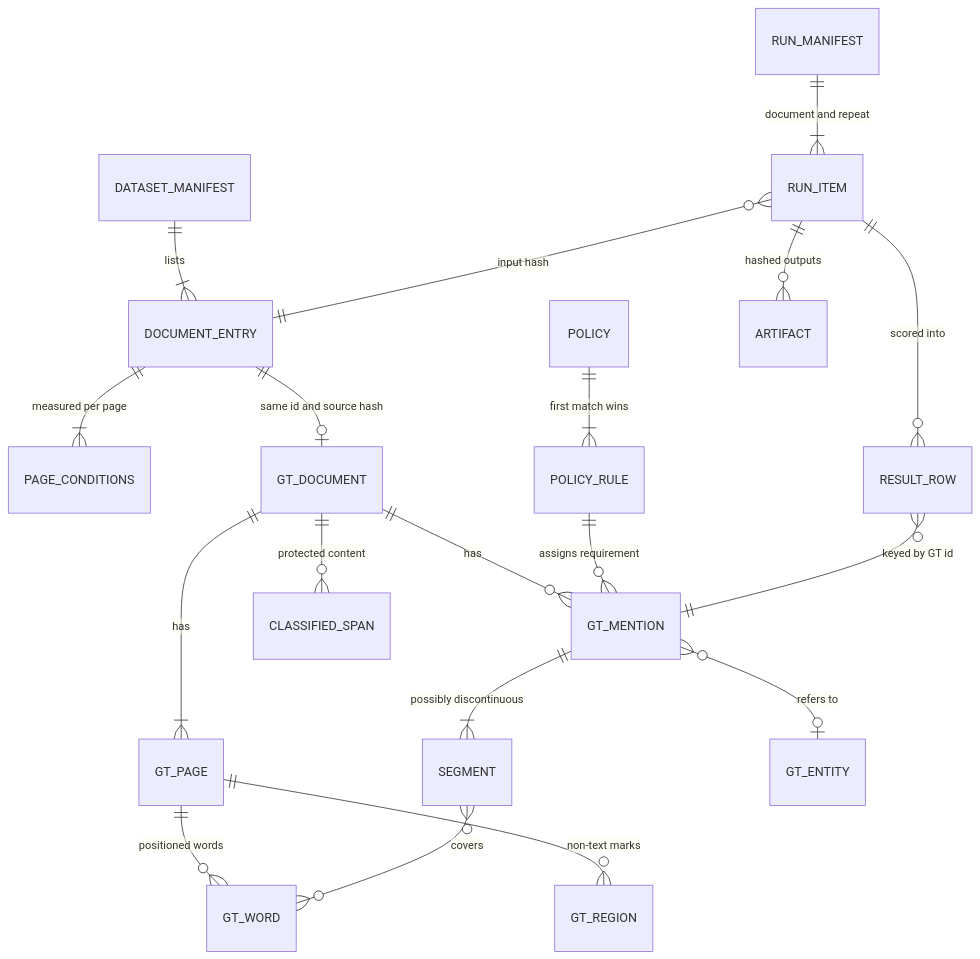
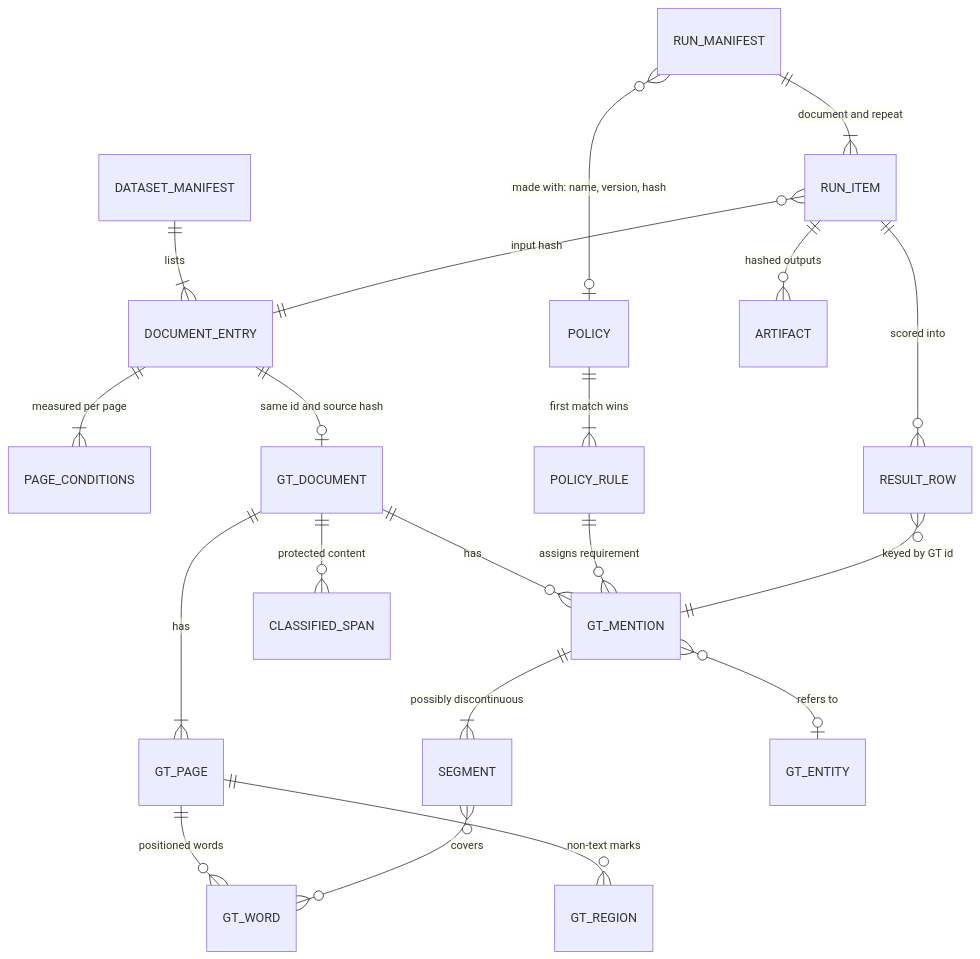
Diagram 11 of 11 in ARCHITECTURE.md (anshdeshwal31/redaction_benchmark), drawn with Mermaid before and after one commit. The commit also changed other lines of this file and 4 other files, not shown here.

Commit message:
docs: cover policy 1.1.0, run policies and placeholders

````diff
--- a/ARCHITECTURE.md
+++ b/ARCHITECTURE.md
@@ -563,21 +646,22 @@
 ```mermaid
 erDiagram
     DATASET_MANIFEST ||--|{ DOCUMENT_ENTRY : lists
     DOCUMENT_ENTRY ||--|{ PAGE_CONDITIONS : "measured per page"
     DOCUMENT_ENTRY ||--o| GT_DOCUMENT : "same id and source hash"
     GT_DOCUMENT ||--|{ GT_PAGE : has
     GT_PAGE ||--o{ GT_WORD : "positioned words"
     GT_PAGE ||--o{ GT_REGION : "non-text marks"
     GT_DOCUMENT ||--o{ GT_MENTION : has
     GT_MENTION ||--|{ SEGMENT : "possibly discontinuous"
     SEGMENT }o--o{ GT_WORD : covers
     GT_MENTION }o--o| GT_ENTITY : "refers to"
     GT_DOCUMENT ||--o{ CLASSIFIED_SPAN : "protected content"
     POLICY ||--|{ POLICY_RULE : "first match wins"
     POLICY_RULE ||--o{ GT_MENTION : "assigns requirement"
     RUN_MANIFEST ||--|{ RUN_ITEM : "document and repeat"
+    RUN_MANIFEST }o--o| POLICY : "made with: name, version, hash"
     RUN_ITEM }o--|| DOCUMENT_ENTRY : "input hash"
     RUN_ITEM ||--o{ ARTIFACT : "hashed outputs"
     RUN_ITEM ||--o{ RESULT_ROW : "scored into"
     RESULT_ROW }o--|| GT_MENTION : "keyed by GT id"
 ```
````
